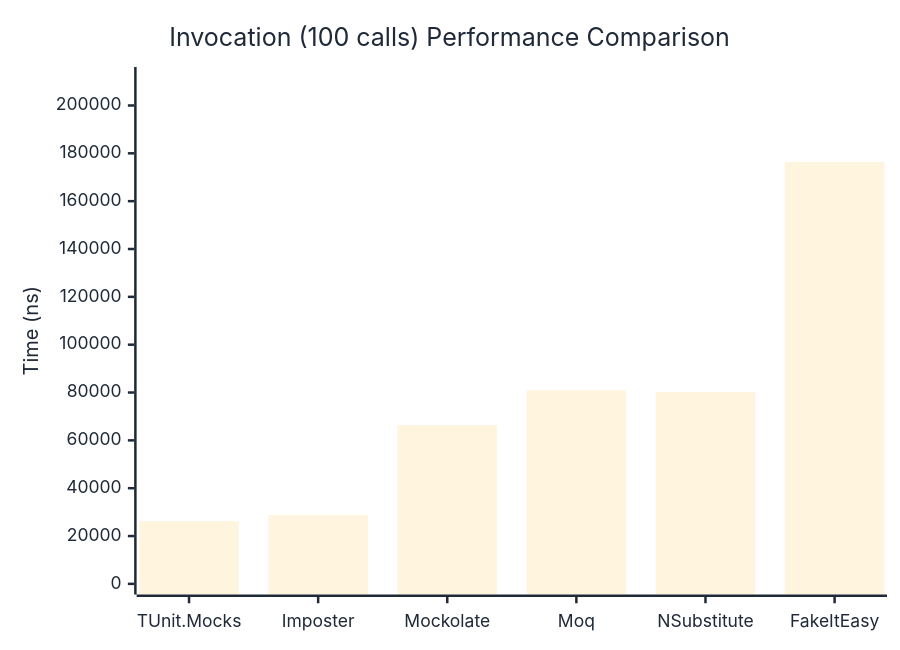
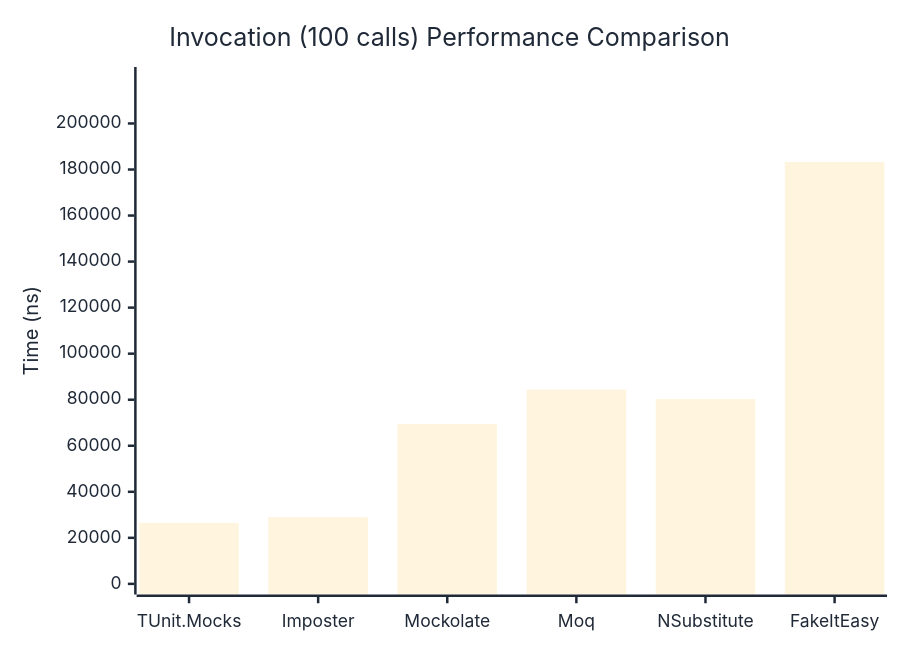
Before and after one commit to thomhurst/TUnit: the third of 3 diagrams in docs/docs/benchmarks/mocks/Invocation.md, drawn with Mermaid. The commit also changed other lines of this file and 14 other files, not shown here.

````diff
--- a/docs/docs/benchmarks/mocks/Invocation.md
+++ b/docs/docs/benchmarks/mocks/Invocation.md
@@ -110,27 +110,27 @@
 ```mermaid
 %%{init: {
   'theme':'base',
   'themeVariables': {
     'primaryColor': '#2563eb',
     'primaryTextColor': '#1f2937',
     'primaryBorderColor': '#1e40af',
     'lineColor': '#6b7280',
     'secondaryColor': '#7c3aed',
     'tertiaryColor': '#dc2626',
     'background': '#ffffff',
     'pie1': '#2563eb',
     'pie2': '#7c3aed',
     'pie3': '#dc2626',
     'pie4': '#f59e0b',
     'pie5': '#10b981',
     'pie6': '#06b6d4',
     'pie7': '#ec4899',
     'pie8': '#6366f1'
   }
 }}%%
 xychart-beta
   title "Invocation (100 calls) Performance Comparison"
   x-axis ["TUnit.Mocks", "Imposter", "Mockolate", "Moq", "NSubstitute", "FakeItEasy"]
-  y-axis "Time (ns)" 0 --> 211646
-  bar [26187, 28798.8, 66320.1, 80930.1, 80234.5, 176371.4]
+  y-axis "Time (ns)" 0 --> 219916
+  bar [26485.8, 28986.1, 69518.2, 84395.4, 80340.1, 183263.1]
 ```
````
